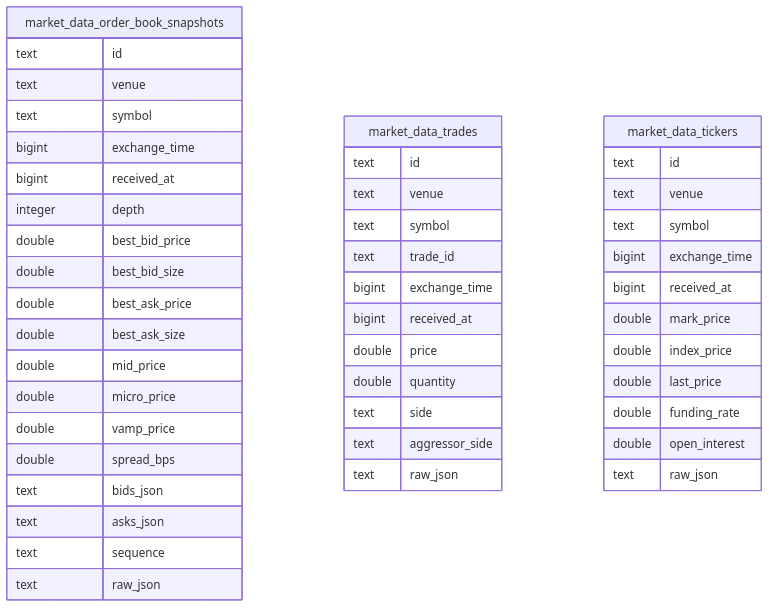
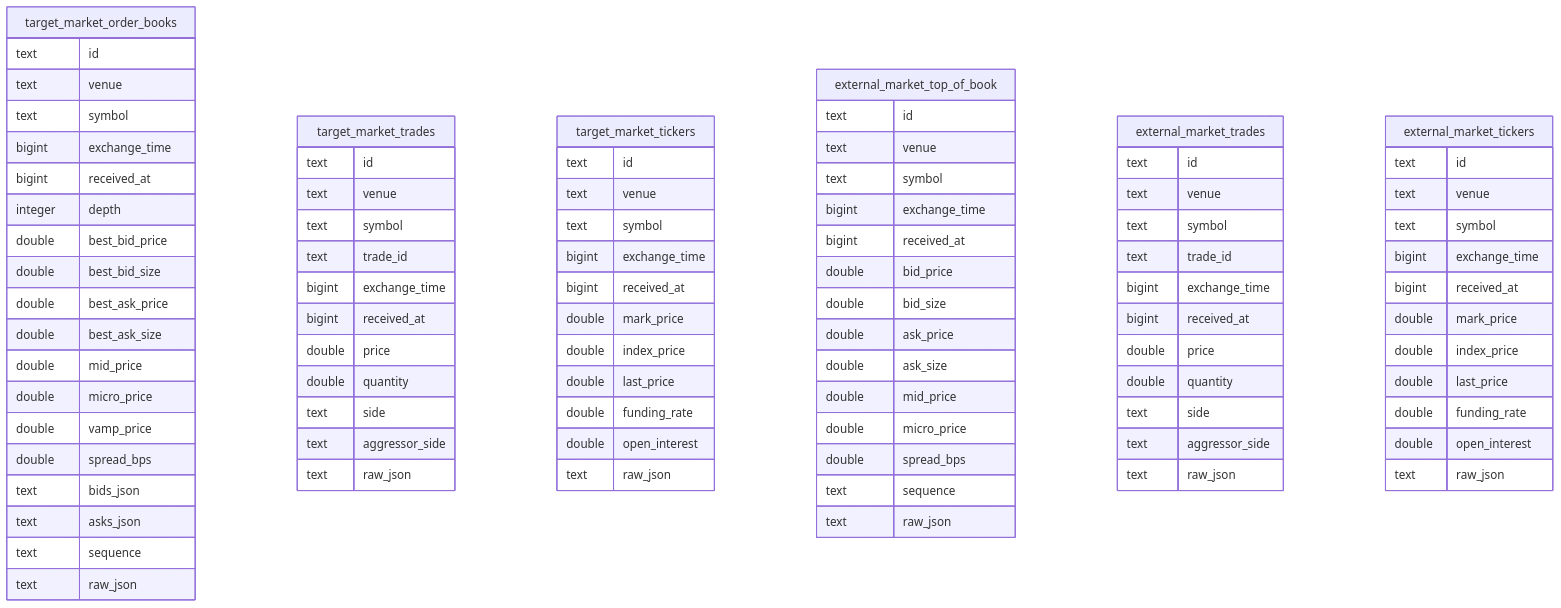
The first of 2 diagrams in docs/DATABASE.md (posaune0423/simple-mm-bot), drawn with Mermaid before and after one commit. The commit also changed other lines of this file and 78 other files, not shown here.

Commit message:
feat: add external fair market data support

````diff
--- a/docs/DATABASE.md
+++ b/docs/DATABASE.md
@@ -290,6 +324,6 @@
 ```mermaid
 erDiagram
-  market_data_order_book_snapshots {
+  target_market_order_books {
     text id
     text venue
     text symbol
@@ -310,7 +344,7 @@
     text raw_json
   }
 
-  market_data_trades {
+  target_market_trades {
     text id
     text venue
     text symbol
@@ -324,7 +358,52 @@
     text raw_json
   }
 
-  market_data_tickers {
+  target_market_tickers {
+    text id
+    text venue
+    text symbol
+    bigint exchange_time
+    bigint received_at
+    double mark_price
+    double index_price
+    double last_price
+    double funding_rate
+    double open_interest
+    text raw_json
+  }
+
+  external_market_top_of_book {
+    text id
+    text venue
+    text symbol
+    bigint exchange_time
+    bigint received_at
+    double bid_price
+    double bid_size
+    double ask_price
+    double ask_size
+    double mid_price
+    double micro_price
+    double spread_bps
+    text sequence
+    text raw_json
+  }
+
+  external_market_trades {
+    text id
+    text venue
+    text symbol
+    text trade_id
+    bigint exchange_time
+    bigint received_at
+    double price
+    double quantity
+    text side
+    text aggressor_side
+    text raw_json
+  }
+
+  external_market_tickers {
     text id
     text venue
     text symbol
````
